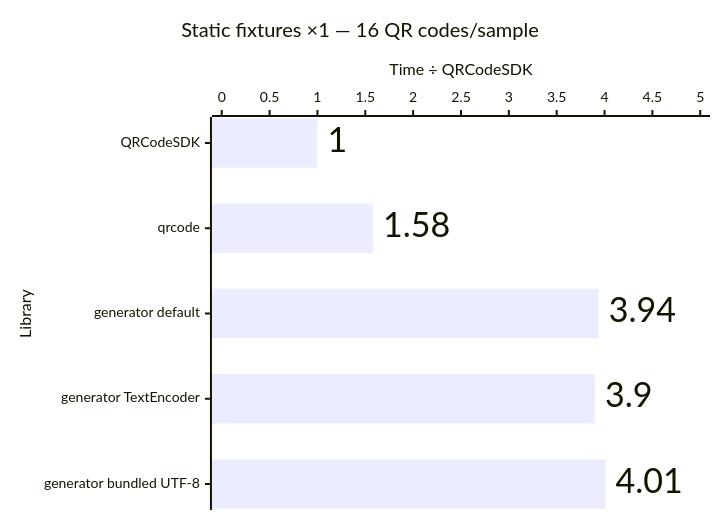
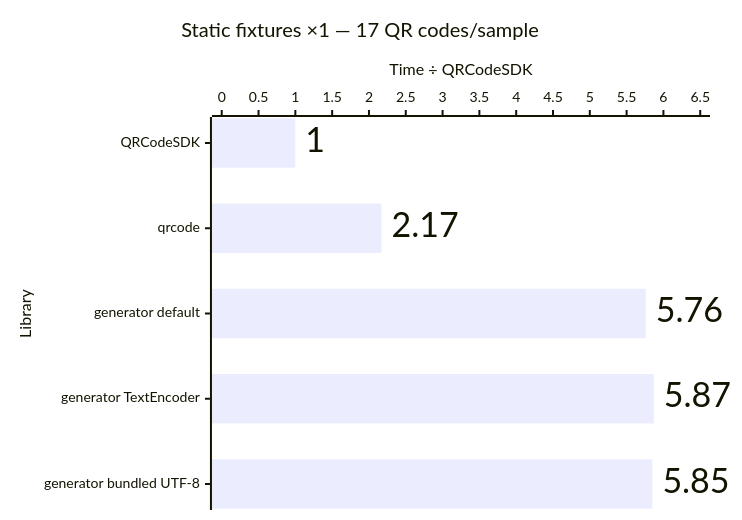
One commit to Dafnik/qrcodesdk changed the first of 11 diagrams in apps/docs/src/content/docs/learn/performance.md. Above: the diagram before and after it, drawn with Mermaid. The commit also changed other lines of this file and 23 other files, not shown here.

````diff
--- a/apps/docs/src/content/docs/learn/performance.md
+++ b/apps/docs/src/content/docs/learn/performance.md
@@ -26,15 +26,15 @@
 ```mermaid
 ---
 config:
   xyChart:
     showDataLabel: true
     showDataLabelOutsideBar: true
 ---
 xychart horizontal
-  accTitle: Matrix generation: Static fixtures ×1 — 16 QR codes/sample
-  accDescr: Relative median time compared with QRCodeSDK. QRCodeSDK 1.00 times, qrcode 1.58 times, generator default 3.94 times, generator TextEncoder 3.90 times, generator bundled UTF-8 4.01 times. Lower is better.
-  title "Static fixtures ×1 — 16 QR codes/sample"
+  accTitle: Matrix generation: Static fixtures ×1 — 17 QR codes/sample
+  accDescr: Relative median time compared with QRCodeSDK. QRCodeSDK 1.00 times, qrcode 2.17 times, generator default 5.76 times, generator TextEncoder 5.87 times, generator bundled UTF-8 5.85 times. Lower is better.
+  title "Static fixtures ×1 — 17 QR codes/sample"
   x-axis "Library" ["QRCodeSDK", "qrcode", "generator default", "generator TextEncoder", "generator bundled UTF-8"]
-  y-axis "Time ÷ QRCodeSDK" 0 --> 5.0
-  bar [1.00, 1.58, 3.94, 3.90, 4.01]
+  y-axis "Time ÷ QRCodeSDK" 0 --> 6.5
+  bar [1.00, 2.17, 5.76, 5.87, 5.85]
 ```
````
